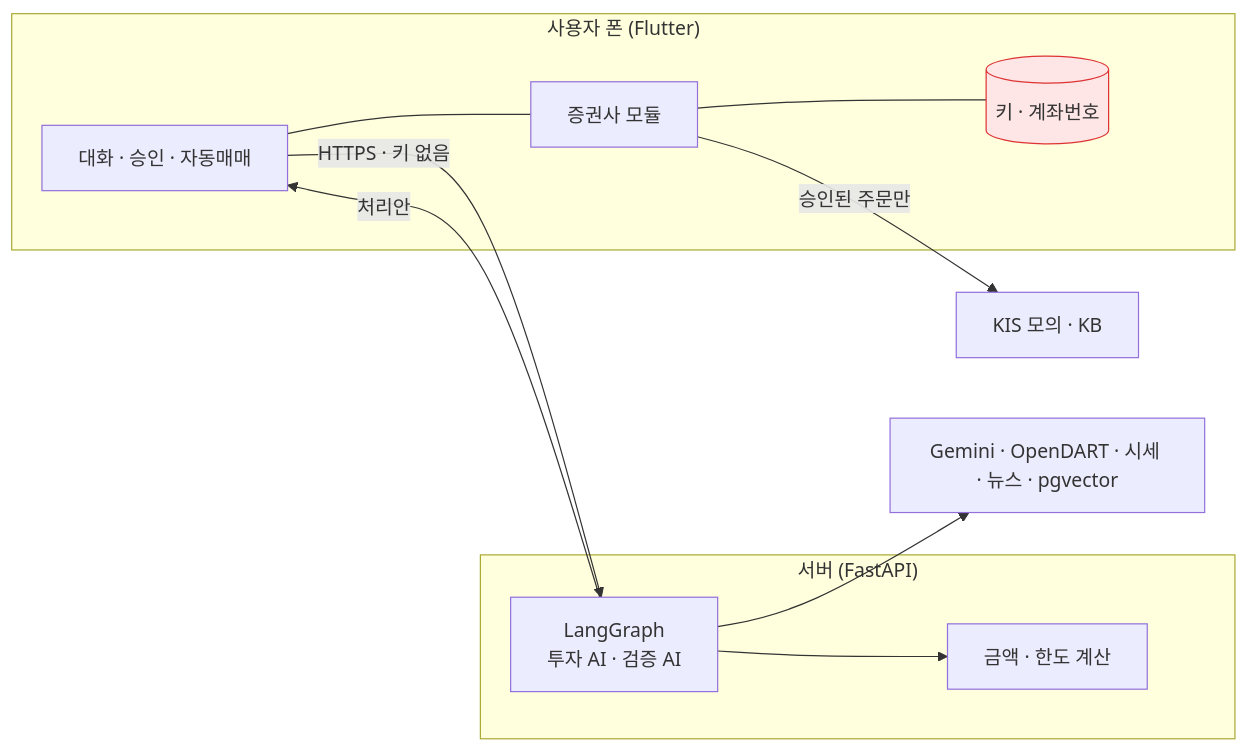
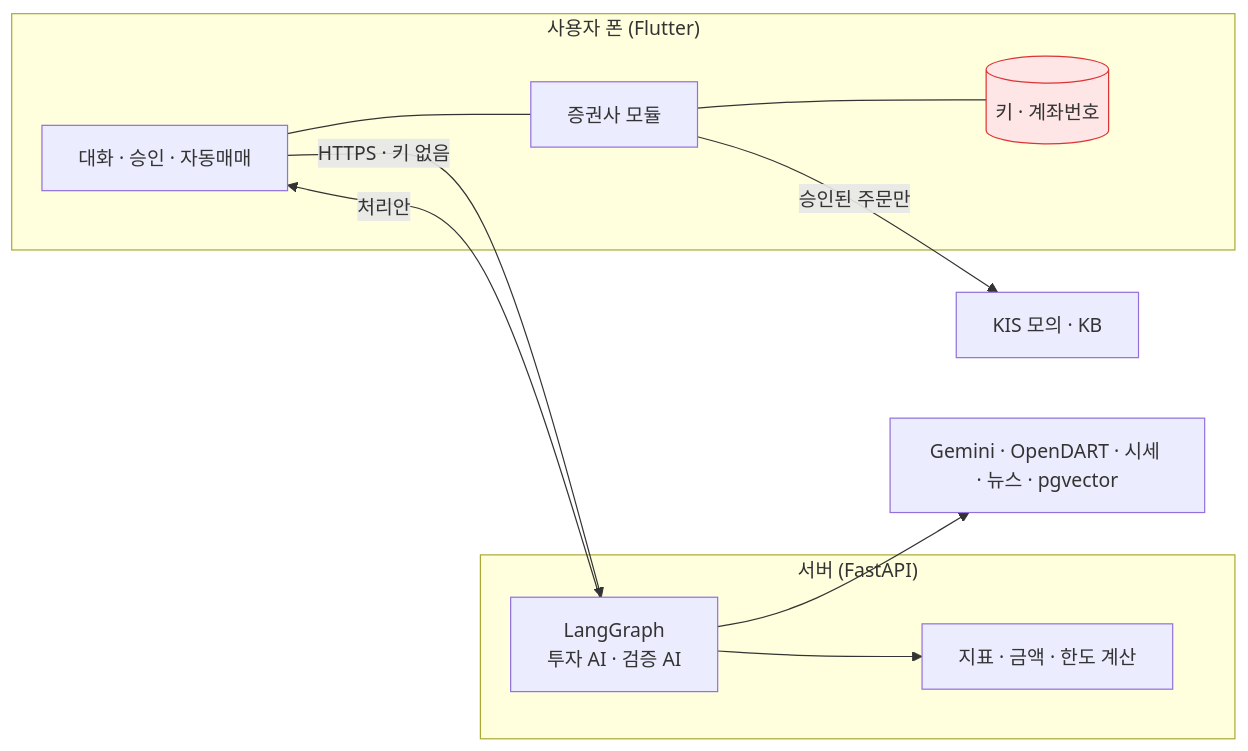
Before and after one commit to snail5039-code/financial-ai-agent: the diagram in README.md, drawn with Mermaid. The commit also changed other lines of this file, not shown here.

````diff
--- a/README.md
+++ b/README.md
@@ -281,15 +185,15 @@
 ```mermaid
 flowchart LR
     subgraph PHONE["사용자 폰 (Flutter)"]
         UI["대화 · 승인 · 자동매매"] --- BROKER["증권사 모듈"] --- KEY[("키 · 계좌번호")]
     end
     subgraph SERVER["서버 (FastAPI)"]
-        GRAPH["LangGraph<br/>투자 AI · 검증 AI"] --> FUNC["금액 · 한도 계산"]
+        GRAPH["LangGraph<br/>투자 AI · 검증 AI"] --> FUNC["지표 · 금액 · 한도 계산"]
     end
     UI -->|"HTTPS · 키 없음"| GRAPH
     GRAPH -->|"처리안"| UI
     BROKER -->|"승인된 주문만"| KIS["KIS 모의 · KB"]
     GRAPH --> EXT["Gemini · OpenDART · 시세 · 뉴스 · pgvector"]
     classDef secret fill:#ffe6e6,stroke:#d33
     class KEY secret
 ```
````
